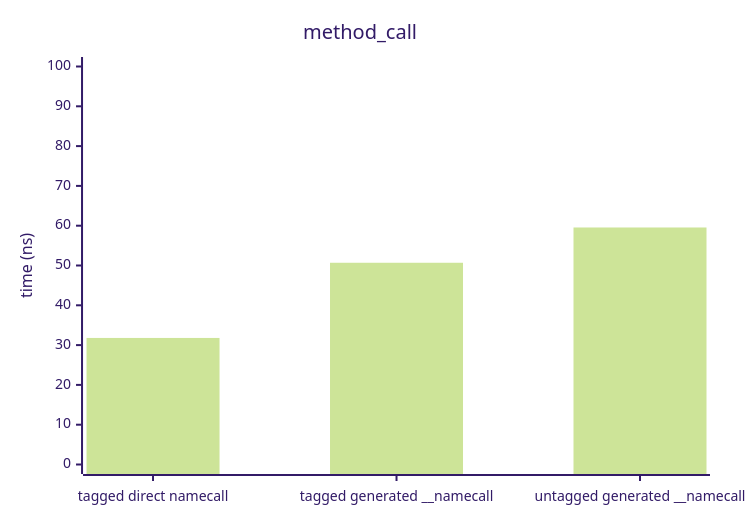
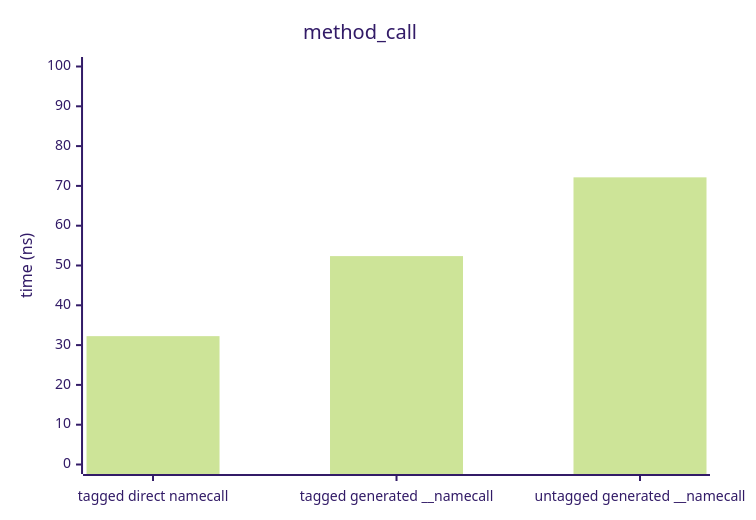
The third of 12 diagrams in BENCHMARKS.md (DreamWeave-MP/l3i), drawn with Mermaid (forest theme) before and after one commit. The commit also changed other lines of this file and 2 other files, not shown here.

````diff
--- a/BENCHMARKS.md
+++ b/BENCHMARKS.md
@@ -54,7 +54,7 @@
 ```mermaid
 xychart-beta
     title "method_call"
     x-axis ["tagged direct namecall", "tagged generated __namecall", "untagged generated __namecall"]
     y-axis "time (ns)" 0 --> 100.00
-    bar [31.80, 50.69, 59.55]
+    bar [32.25, 52.36, 72.15]
 ```
````
